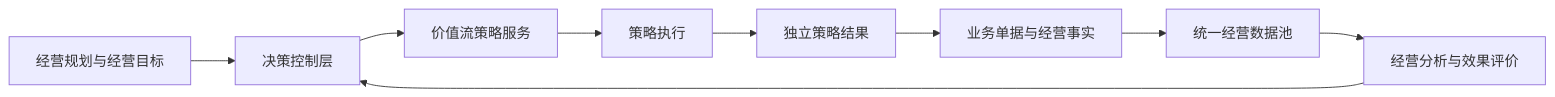
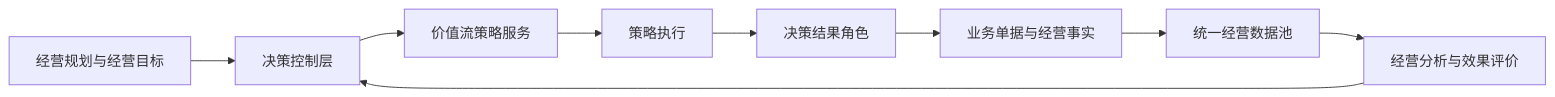
One commit to Chizheng4/robotaxi changed the diagram in doc/08-strategy-operating-metrics-model/03-decision-control/00-decision-control-center.md. Above: the diagram before and after it, drawn with Mermaid. The commit also changed other lines of this file and 21 other files, not shown here.

````diff
--- a/doc/08-strategy-operating-metrics-model/03-decision-control/00-decision-control-center.md
+++ b/doc/08-strategy-operating-metrics-model/03-decision-control/00-decision-control-center.md
@@ -7,11 +7,11 @@
 ```mermaid
 flowchart LR
   A["经营规划与经营目标"] --> B["决策控制层"]
   B --> C["价值流策略服务"]
   C --> D["策略执行"]
-  D --> E["独立策略结果"]
+  D --> E["决策结果角色"]
   E --> F["业务单据与经营事实"]
   F --> G["统一经营数据池"]
   G --> H["经营分析与效果评价"]
   H --> B
 ```
````
